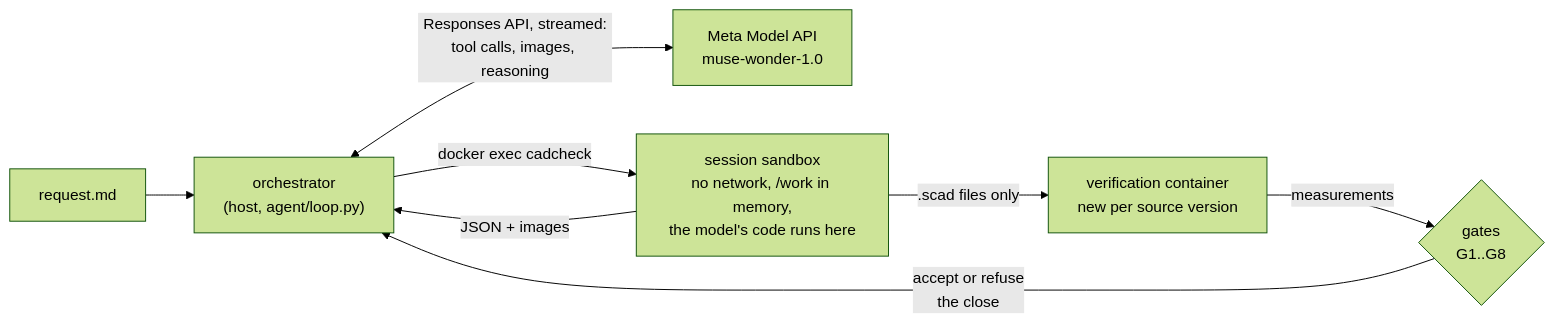
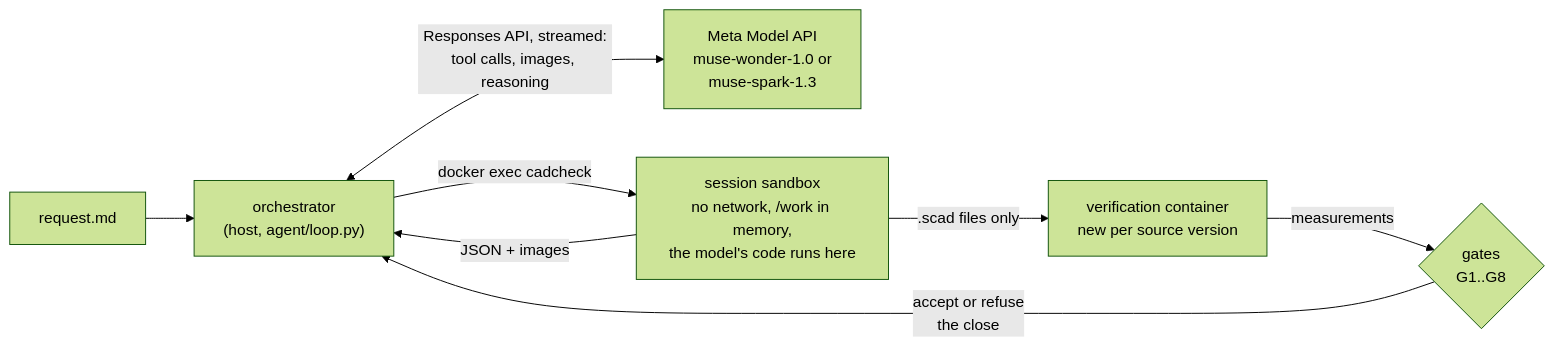
Before and after one commit to Juanpighelfi/cadverify-ai: the diagram in docs/architecture.md, drawn with Mermaid (forest theme). The commit also changed other lines of this file and 3333 other files, not shown here.

First line of the commit message:
Bench: each request three times on Wonder and on Spark

````diff
--- a/docs/architecture.md
+++ b/docs/architecture.md
@@ -8,10 +9,10 @@
 ```mermaid
 flowchart LR
     request["request.md"] --> loop["orchestrator<br/>(host, agent/loop.py)"]
-    loop <-->|"Responses API, streamed:<br/>tool calls, images, reasoning"| api["Meta Model API<br/>muse-wonder-1.0"]
+    loop <-->|"Responses API, streamed:<br/>tool calls, images, reasoning"| api["Meta Model API<br/>muse-wonder-1.0 or<br/>muse-spark-1.3"]
     loop -->|"docker exec cadcheck"| session["session sandbox<br/>no network, /work in memory,<br/>the model's code runs here"]
     session -->|"JSON + images"| loop
     session -->|".scad files only"| verify["verification container<br/>new per source version"]
     verify -->|"measurements"| gates{"gates<br/>G1..G8"}
     gates -->|"accept or refuse<br/>the close"| loop
 ```
````
